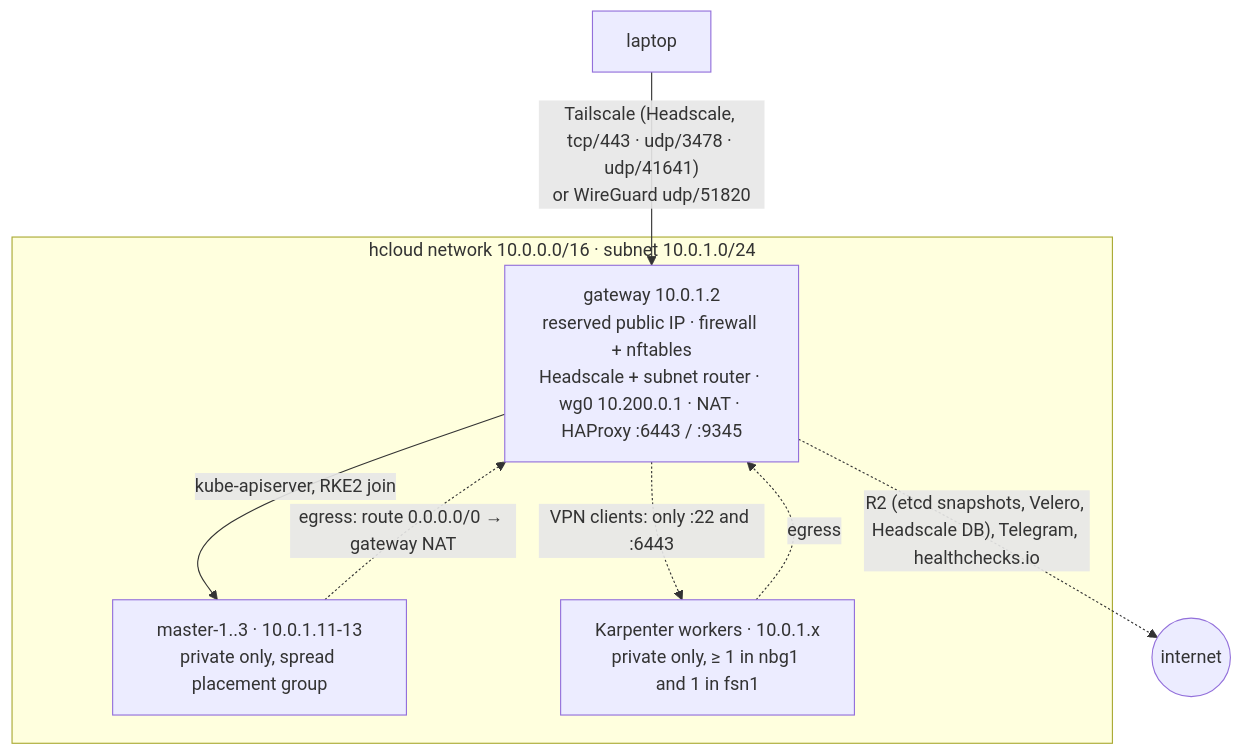
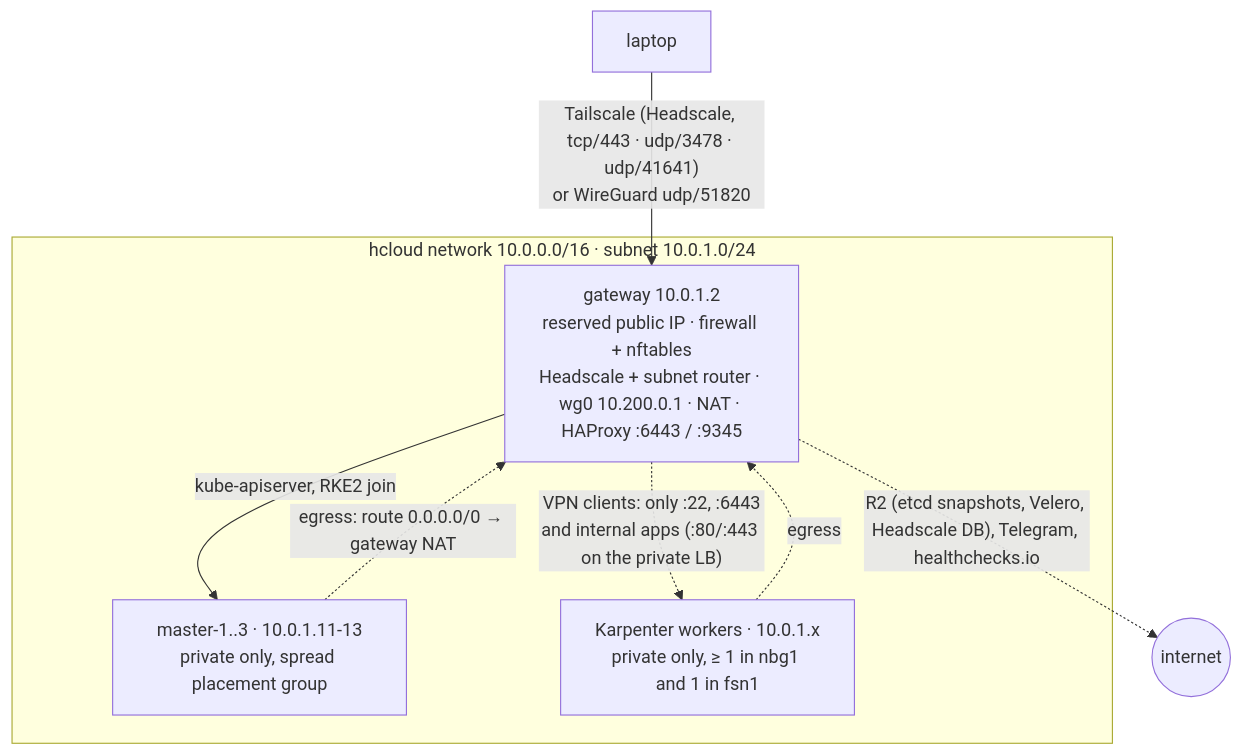
Before and after one commit to reginaldosousa/hetzner-rke2-terraform: the diagram in README.md, drawn with Mermaid. The commit also changed other lines of this file and 8 other files, not shown here.

First line of the commit message:
docs: internal apps over the VPN (ADR 0027)

````diff
--- a/README.md
+++ b/README.md
@@ -23,14 +23,14 @@
 ```mermaid
 flowchart TB
     laptop["laptop"] -- "Tailscale (Headscale, tcp/443 · udp/3478 · udp/41641)<br/>or WireGuard udp/51820" --> gw
     subgraph net["hcloud network 10.0.0.0/16 · subnet 10.0.1.0/24"]
         gw["gateway 10.0.1.2<br/>reserved public IP · firewall + nftables<br/>Headscale + subnet router · wg0 10.200.0.1 · NAT · HAProxy :6443 / :9345"]
         masters["master-1..3 · 10.0.1.11-13<br/>private only, spread placement group"]
         workers["Karpenter workers · 10.0.1.x<br/>private only, ≥ 1 in nbg1 and 1 in fsn1"]
     end
     gw -- "kube-apiserver, RKE2 join" --> masters
-    gw -. "VPN clients: only :22 and :6443" .-> workers
+    gw -. "VPN clients: only :22, :6443<br/>and internal apps (:80/:443 on the private LB)" .-> workers
     masters -. "egress: route 0.0.0.0/0 → gateway NAT" .-> gw
     workers -. "egress" .-> gw
     gw -. "R2 (etcd snapshots, Velero, Headscale DB), Telegram, healthchecks.io" .-> ext(("internet"))
 ```
````
